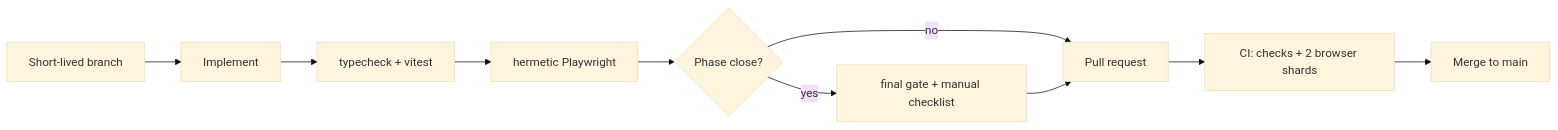
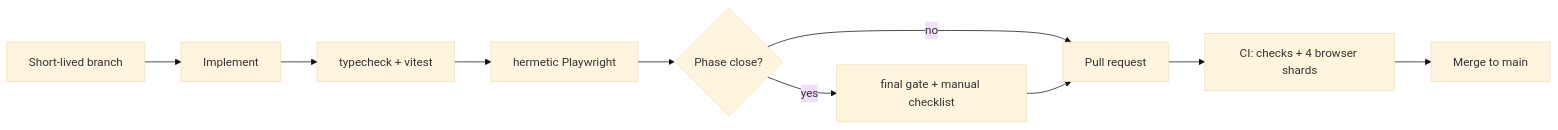
Before and after one commit to nhphuong2504/shuttle-scheduler: the diagram in AGENTS.md, drawn with Mermaid (base theme). The commit also changed other lines of this file and 3 other files, not shown here.

````diff
--- a/AGENTS.md
+++ b/AGENTS.md
@@ -93,12 +93,12 @@
 ```mermaid
 flowchart LR
   branch["Short-lived branch"] --> dev[Implement]
   dev --> gate1["typecheck + vitest"]
   gate1 --> gate2["hermetic Playwright"]
   gate2 --> phase{"Phase close?"}
   phase -->|yes| final["final gate + manual checklist"]
   phase -->|no| pr["Pull request"]
   final --> pr
-  pr --> ci["CI: checks + 2 browser shards"]
+  pr --> ci["CI: checks + 4 browser shards"]
   ci --> merge["Merge to main"]
 ```
````
